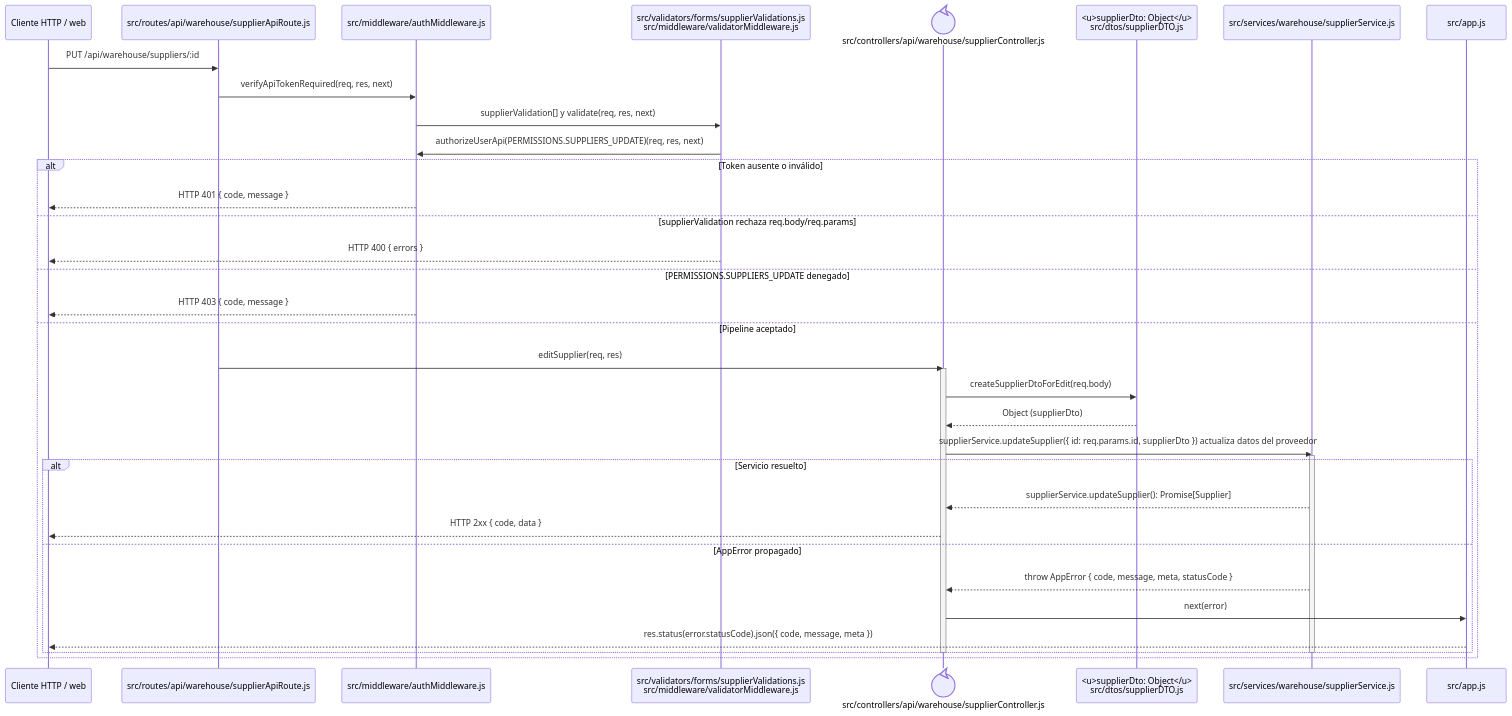
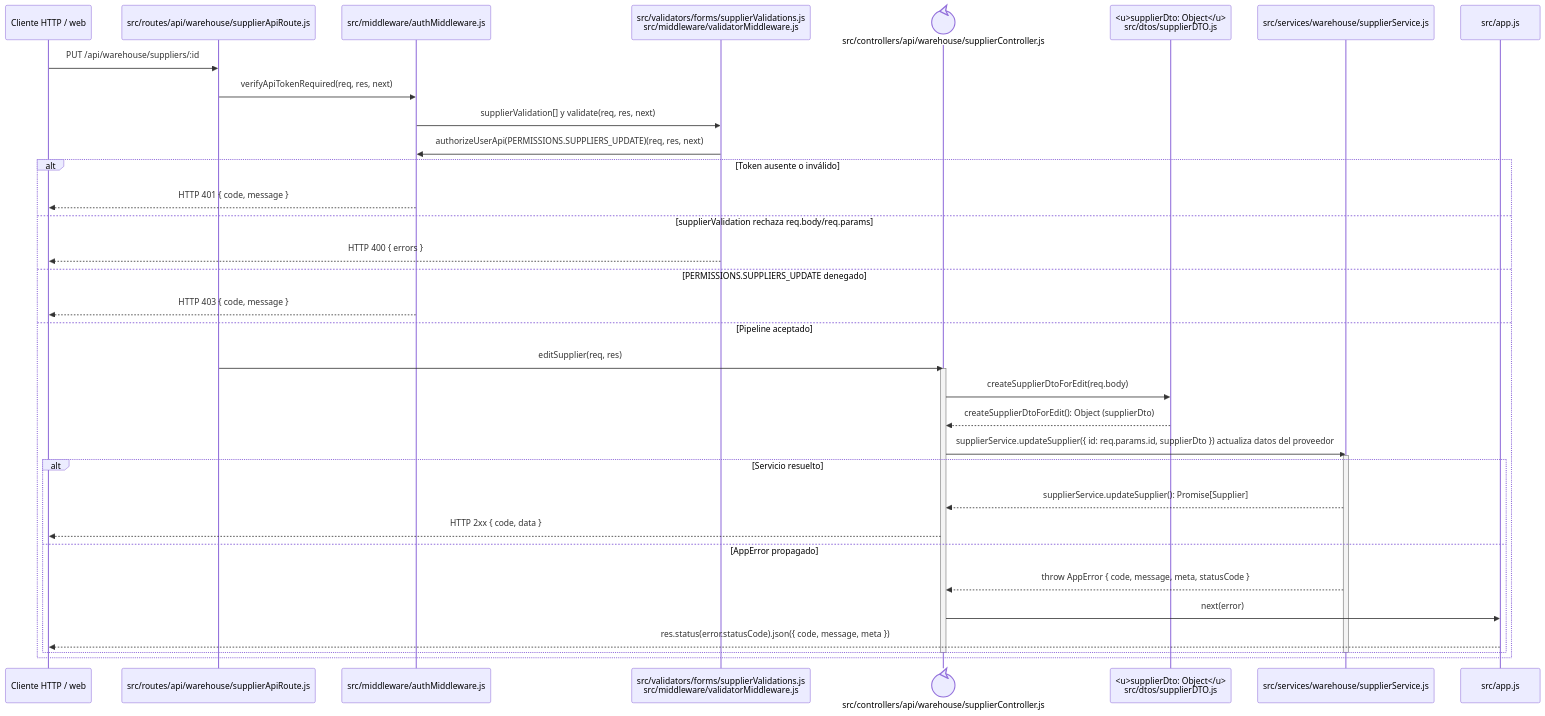
One commit to gpgsistemas01/nexus changed the diagram in docs/architecture/backend-code-sequences/catalogs/cu-cat-03.md. Above: the diagram before and after it, drawn with Mermaid. The commit also changed 50 other files, not shown here.

Commit message:
docs: separar llamadas en diagramas de secuencia

````diff
--- a/docs/architecture/backend-code-sequences/catalogs/cu-cat-03.md
+++ b/docs/architecture/backend-code-sequences/catalogs/cu-cat-03.md
@@ -6,40 +6,40 @@
 ```mermaid
 sequenceDiagram
     participant Client as Cliente HTTP / web
     participant Route as src/routes/api/warehouse/supplierApiRoute.js
     participant Auth as src/middleware/authMiddleware.js
     participant Validator as src/validators/forms/supplierValidations.js<br/>src/middleware/validatorMiddleware.js
     participant Controller@{ "type": "control" } as src/controllers/api/warehouse/supplierController.js
     participant SupplierDto as <u>supplierDto: Object</u><br/>src/dtos/supplierDTO.js
     participant Domain as src/services/warehouse/supplierService.js
     participant ErrorHandler as src/app.js
 
     Client->>Route: PUT /api/warehouse/suppliers/:id
     Route->>Auth: verifyApiTokenRequired(req, res, next)
     Auth->>Validator: supplierValidation[] y validate(req, res, next)
     Validator->>Auth: authorizeUserApi(PERMISSIONS.SUPPLIERS_UPDATE)(req, res, next)
     alt Token ausente o inválido
         Auth-->>Client: HTTP 401 { code, message }
     else supplierValidation rechaza req.body/req.params
         Validator-->>Client: HTTP 400 { errors }
     else PERMISSIONS.SUPPLIERS_UPDATE denegado
         Auth-->>Client: HTTP 403 { code, message }
     else Pipeline aceptado
         Route->>Controller: editSupplier(req, res)
         activate Controller
         Controller->>SupplierDto: createSupplierDtoForEdit(req.body)
-        SupplierDto-->>Controller: Object (supplierDto)
+        SupplierDto-->>Controller: createSupplierDtoForEdit(): Object (supplierDto)
         Controller->>Domain: supplierService.updateSupplier({ id: req.params.id, supplierDto }) actualiza datos del proveedor
         activate Domain
         alt Servicio resuelto
             Domain-->>Controller: supplierService.updateSupplier(): Promise[Supplier]
             Controller-->>Client: HTTP 2xx { code, data }
         else AppError propagado
             Domain-->>Controller: throw AppError { code, message, meta, statusCode }
             Controller->>ErrorHandler: next(error)
             ErrorHandler-->>Client: res.status(error.statusCode).json({ code, message, meta })
         end
         deactivate Domain
         deactivate Controller
     end
 ```
````
